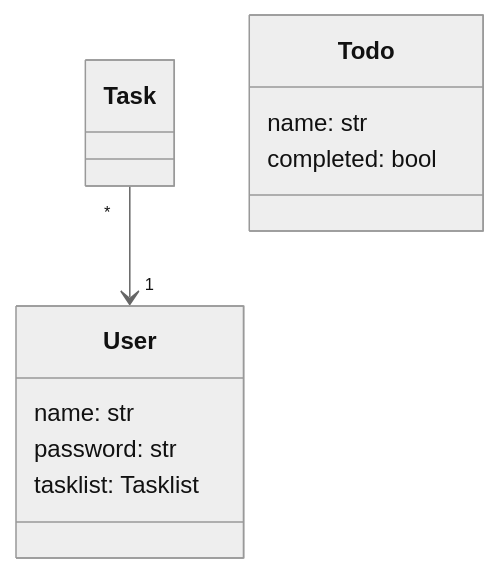
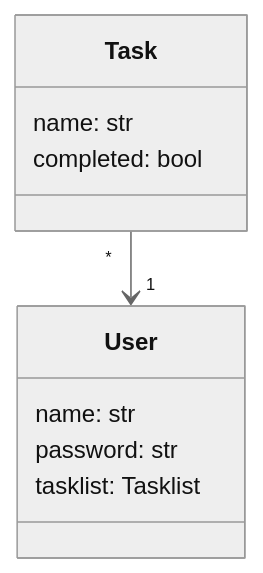
One commit to Yusuboy/TODO-APP changed the diagram in dokumentaatio/arkkitehtuuri.md. Above: the diagram before and after it, drawn with Mermaid (neutral theme).

Commit message:
Päivitettiin arkkitehtuuri

````diff
--- a/dokumentaatio/arkkitehtuuri.md
+++ b/dokumentaatio/arkkitehtuuri.md
@@ -1,13 +1,13 @@
 ```mermaid
  classDiagram
       Task "*" --> "1" User
       class User{
           name: str
           password: str
           tasklist: Tasklist
       }
-      class Todo{
+      class Task{
           name: str
           completed: bool
       }
 ```
````
